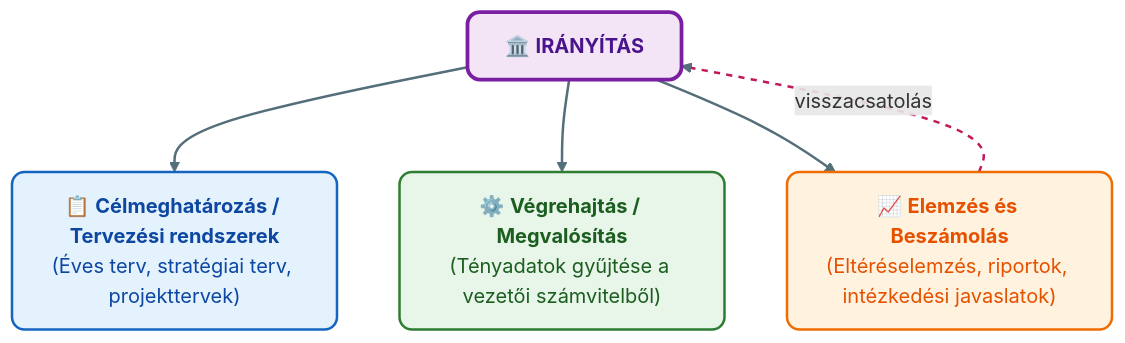
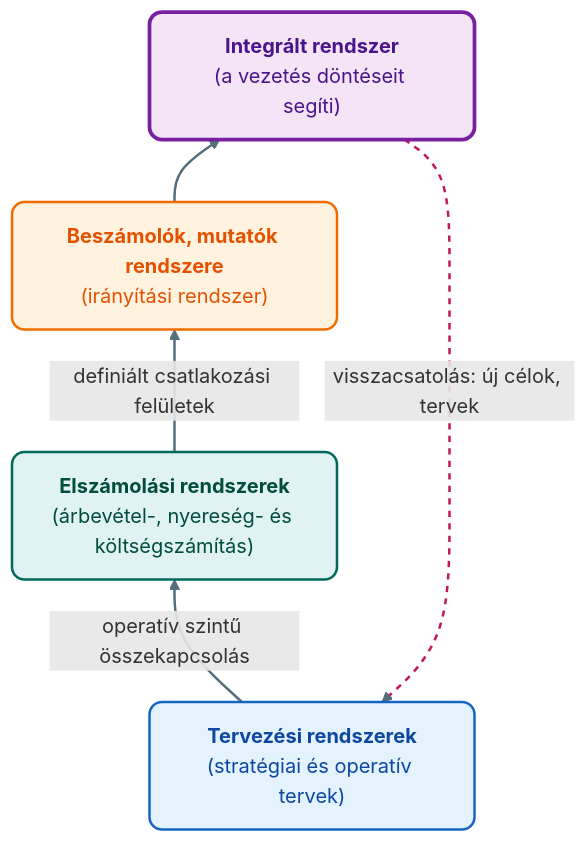
The first of 2 diagrams in Tételek/K15-GIXVS2MBLF-Controlling információs rendszere.tétel.md (denespocsik/MM_BSC_Zarovizsga), drawn with Mermaid before and after one commit. The commit also changed other lines of this file, not shown here.

````diff
--- a/Tételek/K15-GIXVS2MBLF-Controlling információs rendszere.tétel.md
+++ b/Tételek/K15-GIXVS2MBLF-Controlling információs rendszere.tétel.md
@@ -11,20 +32,20 @@
 ```mermaid
-flowchart TD
-    IR["🏛️ <b>IRÁNYÍTÁS</b>"]:::lilaH
-    T["📋 <b>Célmeghatározás / Tervezési rendszerek</b><br/>(Éves terv, stratégiai terv, projekttervek)"]:::kek
-    V["⚙️ <b>Végrehajtás / Megvalósítás</b><br/>(Tényadatok gyűjtése a vezetői számvitelből)"]:::zold
-    E["📈 <b>Elemzés és Beszámolás</b><br/>(Eltéréselemzés, riportok, intézkedési javaslatok)"]:::narancs
+flowchart BT
+    T["<b>Tervezési rendszerek</b><br/>(stratégiai és operatív tervek)"]:::kek
+    E["<b>Elszámolási rendszerek</b><br/>(árbevétel-, nyereség- és költségszámítás)"]:::turkiz
+    B["<b>Beszámolók, mutatók rendszere</b><br/>(irányítási rendszer)"]:::narancs
+    I["<b>Integrált rendszer</b><br/>(a vezetés döntéseit segíti)"]:::lilaH
 
-    IR --> T
-    IR --> V
-    IR --> E
-    E -->|visszacsatolás| IR
+    T -->|"operatív szintű összekapcsolás"| E
+    E -->|"definiált csatlakozási felületek"| B
+    B --> I
+    I -.->|"visszacsatolás: új célok, tervek"| T
 
     classDef kek     fill:#e3f2fd,stroke:#1565c0,stroke-width:2px,color:#0d47a1,rx:10,ry:10;
-    classDef zold    fill:#e8f5e9,stroke:#2e7d32,stroke-width:2px,color:#1b5e20,rx:10,ry:10;
+    classDef turkiz  fill:#e0f2f1,stroke:#00695c,stroke-width:2px,color:#004d40,rx:10,ry:10;
     classDef narancs fill:#fff3e0,stroke:#ef6c00,stroke-width:2px,color:#e65100,rx:10,ry:10;
     classDef lilaH   fill:#f3e5f5,stroke:#7b1fa2,stroke-width:3px,color:#4a148c,rx:10,ry:10;
 
     linkStyle default stroke:#546e7a,stroke-width:2px;
     linkStyle 3 stroke:#c2185b,stroke-width:2px,stroke-dasharray: 5 5;
 ```
````
